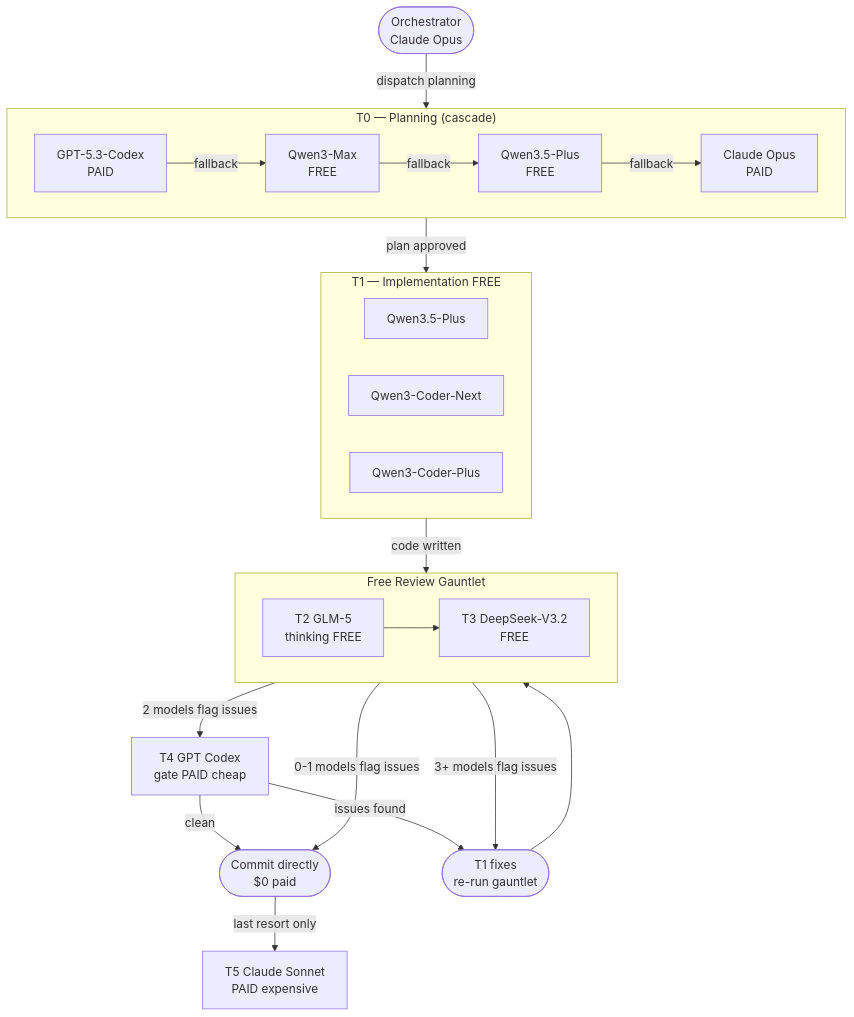
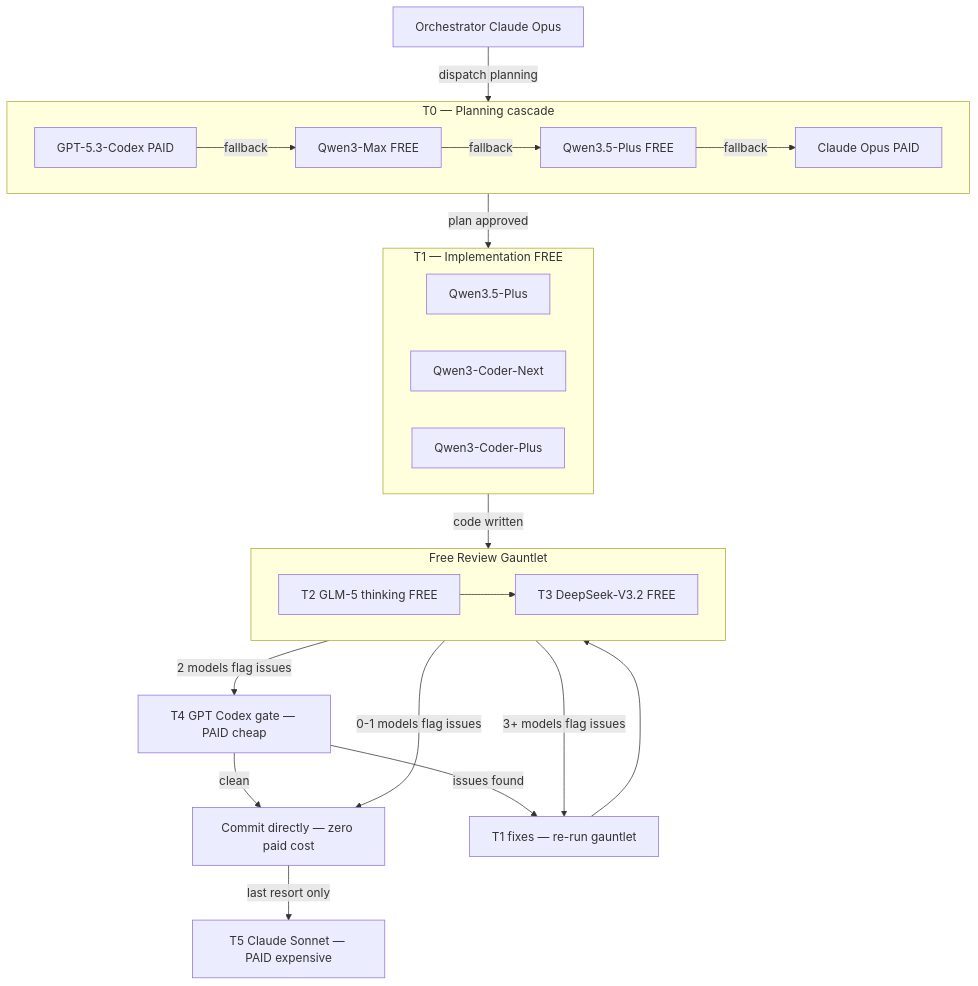
One commit to ryanjosebrosas/autonomous-coding-system-final changed the third of 6 diagrams in README.md. Above: the diagram before and after it, drawn with Mermaid. The commit also changed other lines of this file, not shown here.

First line of the commit message:
fix(readme): fix Mermaid syntax for GitHub renderer

````diff
--- a/README.md
+++ b/README.md
@@ -122,33 +122,33 @@
 ```mermaid
 flowchart TD
-    O([Orchestrator\nClaude Opus]) -->|dispatch planning| T0
+    O[Orchestrator Claude Opus] -- dispatch planning --> T0
 
-    subgraph T0["T0 — Planning (cascade)"]
+    subgraph T0["T0 — Planning cascade"]
         direction LR
-        C1[GPT-5.3-Codex\nPAID] -->|fallback| C2[Qwen3-Max\nFREE] -->|fallback| C3[Qwen3.5-Plus\nFREE] -->|fallback| C4[Claude Opus\nPAID]
+        C1["GPT-5.3-Codex PAID"] -- fallback --> C2["Qwen3-Max FREE"] -- fallback --> C3["Qwen3.5-Plus FREE"] -- fallback --> C4["Claude Opus PAID"]
     end
 
-    T0 -->|plan approved| T1
+    T0 -- plan approved --> T1
 
     subgraph T1["T1 — Implementation FREE"]
         I1[Qwen3.5-Plus]
         I2[Qwen3-Coder-Next]
         I3[Qwen3-Coder-Plus]
     end
 
-    T1 -->|code written| GAUNTLET
+    T1 -- code written --> GAUNTLET
 
     subgraph GAUNTLET["Free Review Gauntlet"]
         direction LR
-        T2[T2 GLM-5\nthinking FREE] --> T3[T3 DeepSeek-V3.2\nFREE]
+        T2["T2 GLM-5 thinking FREE"] --> T3["T3 DeepSeek-V3.2 FREE"]
     end
 
-    GAUNTLET -->|0-1 models flag issues| COMMIT([Commit directly\n$0 paid])
-    GAUNTLET -->|2 models flag issues| T4[T4 GPT Codex\ngate PAID cheap]
-    GAUNTLET -->|3+ models flag issues| FIX([T1 fixes\nre-run gauntlet])
-    T4 -->|issues found| FIX
-    T4 -->|clean| COMMIT
+    GAUNTLET -- 0-1 models flag issues --> COMMIT["Commit directly — zero paid cost"]
+    GAUNTLET -- 2 models flag issues --> T4["T4 GPT Codex gate — PAID cheap"]
+    GAUNTLET -- 3+ models flag issues --> FIX["T1 fixes — re-run gauntlet"]
+    T4 -- issues found --> FIX
+    T4 -- clean --> COMMIT
     FIX --> GAUNTLET
 
-    COMMIT -->|last resort only| T5[T5 Claude Sonnet\nPAID expensive]
+    COMMIT -- last resort only --> T5["T5 Claude Sonnet — PAID expensive"]
 ```
````
